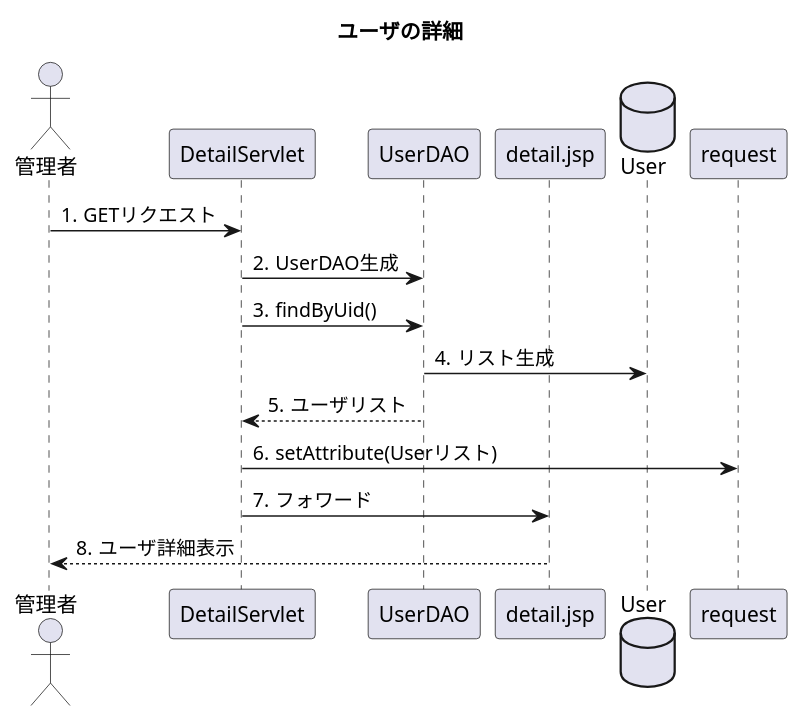
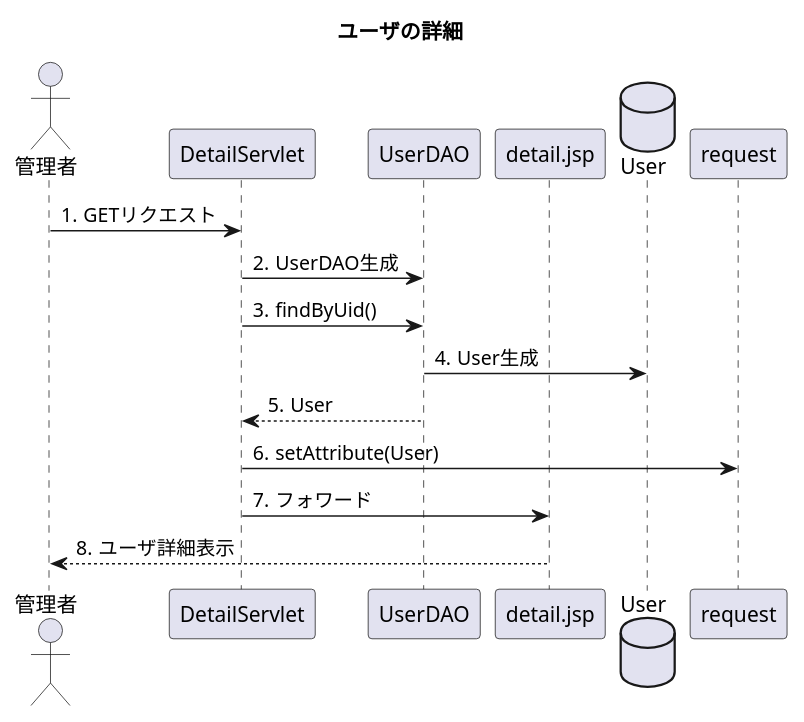
One commit to toufu66/ProjectC changed the diagram in uml_detail/seq_detail.pu. Above: the diagram before and after it, drawn with PlantUML.

Commit message:
詳細シーケンス ユーザ詳細

```diff
--- a/uml_detail/seq_detail.pu
+++ b/uml_detail/seq_detail.pu
@@ -1,23 +1,23 @@
 @startuml
 title ユーザの詳細
 
 autonumber "#."
 
 actor 管理者
 participant DetailServlet
 participant UserDAO
 participant detail.jsp
 database User
 
 
 管理者 -> DetailServlet:GETリクエスト
 DetailServlet -> UserDAO :UserDAO生成
 DetailServlet -> UserDAO :findByUid()
-UserDAO -> User:リスト生成
-UserDAO --> DetailServlet:ユーザリスト
-DetailServlet -> request:setAttribute(Userリスト)
+UserDAO -> User:User生成
+UserDAO --> DetailServlet:User
+DetailServlet -> request:setAttribute(User)
 DetailServlet -> detail.jsp:フォワード
 detail.jsp --> 管理者:ユーザ詳細表示
 
 
 @enduml
```
